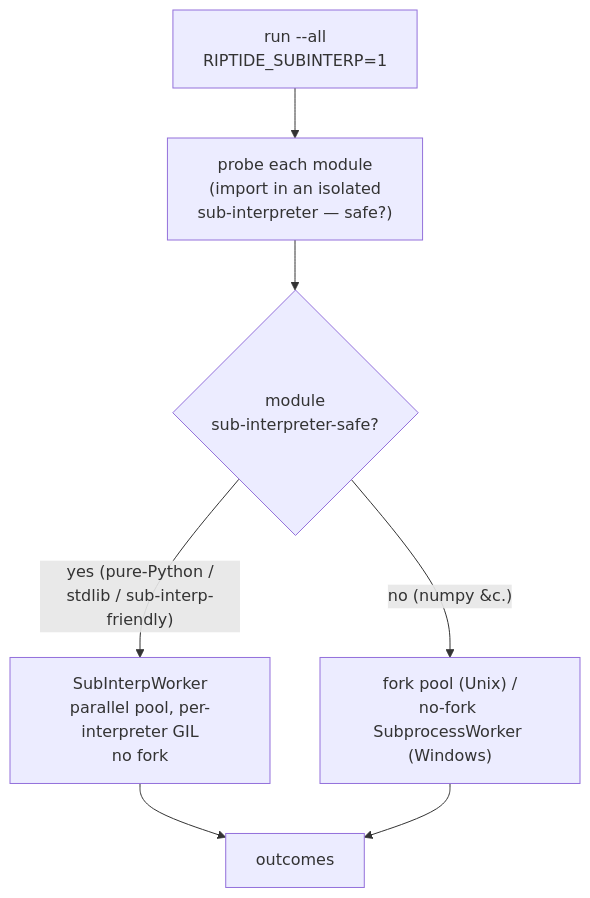
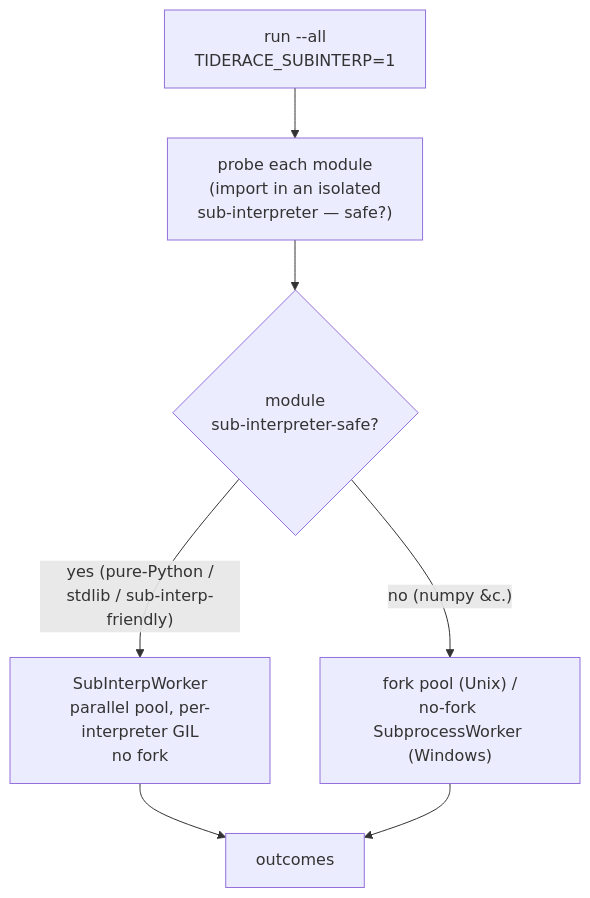
The fourth of 4 diagrams in docs/design/parallel-execution.md (snoodleboot-io/tiderace), drawn with Mermaid before and after one commit. The commit also changed other lines of this file and 122 other files, not shown here.

First line of the commit message:
rename: riptide -> tiderace across the whole product (#17)

````diff
--- a/docs/design/parallel-execution.md
+++ b/docs/design/parallel-execution.md
@@ -114,9 +114,9 @@
 ```mermaid
 flowchart TD
-    START["run --all<br/>RIPTIDE_SUBINTERP=1"] --> PROBE["probe each module<br/>(import in an isolated<br/>sub-interpreter — safe?)"]
+    START["run --all<br/>TIDERACE_SUBINTERP=1"] --> PROBE["probe each module<br/>(import in an isolated<br/>sub-interpreter — safe?)"]
     PROBE --> PART{"module<br/>sub-interpreter-safe?"}
     PART -->|"yes (pure-Python /<br/>stdlib / sub-interp-friendly)"| SI["SubInterpWorker<br/>parallel pool, per-interpreter GIL<br/>no fork"]
     PART -->|"no (numpy &c.)"| REST["fork pool (Unix) /<br/>no-fork SubprocessWorker (Windows)"]
     SI --> OUT["outcomes"]
     REST --> OUT
 ```
````
